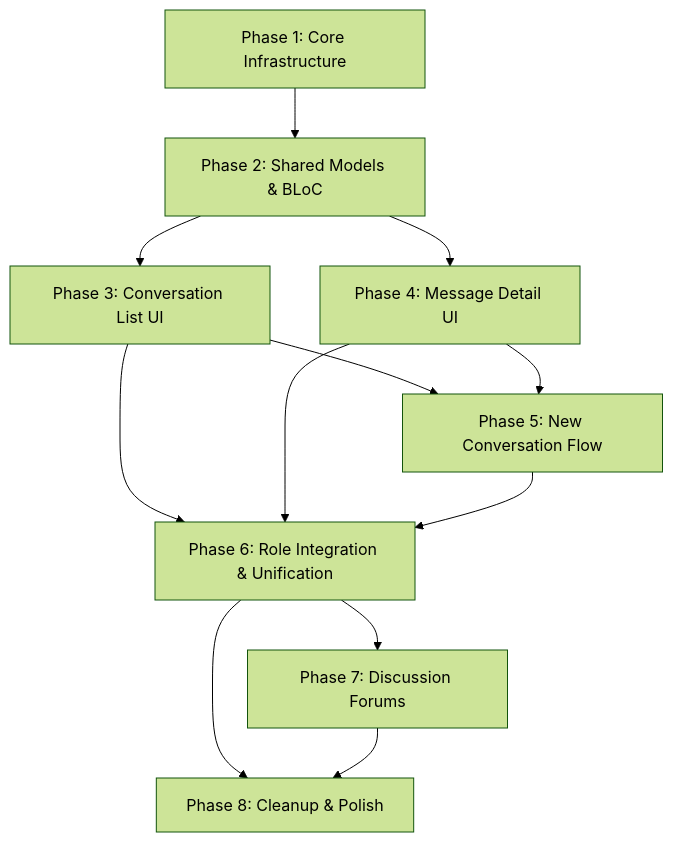
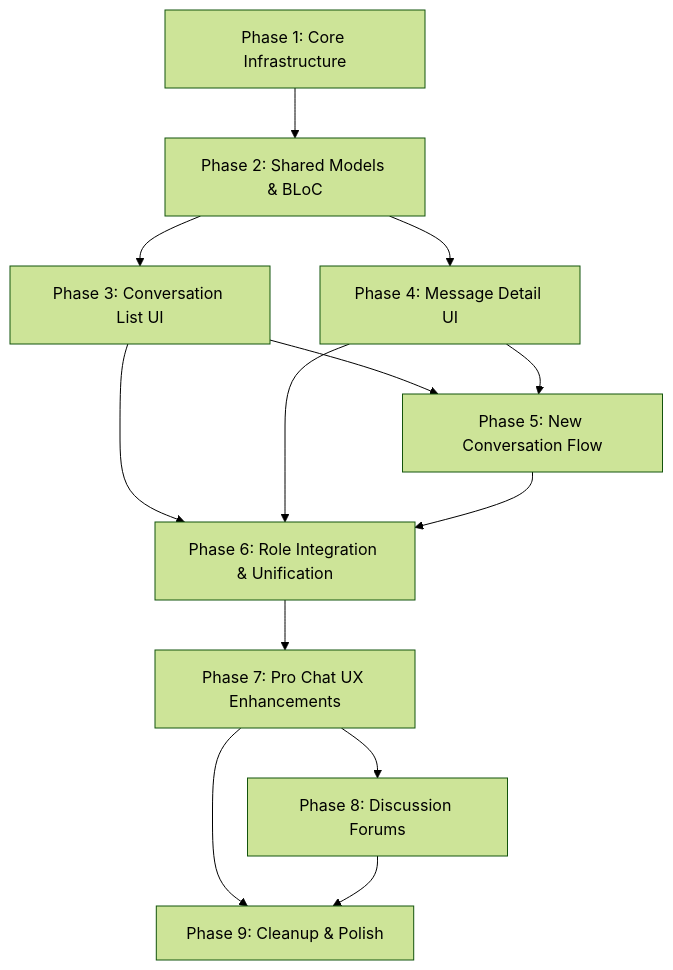
The diagram in CHAT_FEATURE_DOCUMENTATION_SPECKIT_PLAN.md (AmirHamdi21/EduVerse), drawn with Mermaid (forest theme) before and after one commit. The commit also changed other lines of this file and 34 other files, not shown here.

````diff
--- a/CHAT_FEATURE_DOCUMENTATION_SPECKIT_PLAN.md
+++ b/CHAT_FEATURE_DOCUMENTATION_SPECKIT_PLAN.md
@@ -416,14 +569,15 @@
 ```mermaid
 graph TD
     P1[Phase 1: Core Infrastructure] --> P2[Phase 2: Shared Models & BLoC]
     P2 --> P3[Phase 3: Conversation List UI]
     P2 --> P4[Phase 4: Message Detail UI]
     P3 --> P5[Phase 5: New Conversation Flow]
     P4 --> P5
     P3 --> P6[Phase 6: Role Integration & Unification]
     P4 --> P6
     P5 --> P6
-    P6 --> P7[Phase 7: Discussion Forums]
-    P6 --> P8[Phase 8: Cleanup & Polish]
-    P7 --> P8
+    P6 --> P7[Phase 7: Pro Chat UX Enhancements]
+    P7 --> P8[Phase 8: Discussion Forums]
+    P7 --> P9[Phase 9: Cleanup & Polish]
+    P8 --> P9
 ```
````
